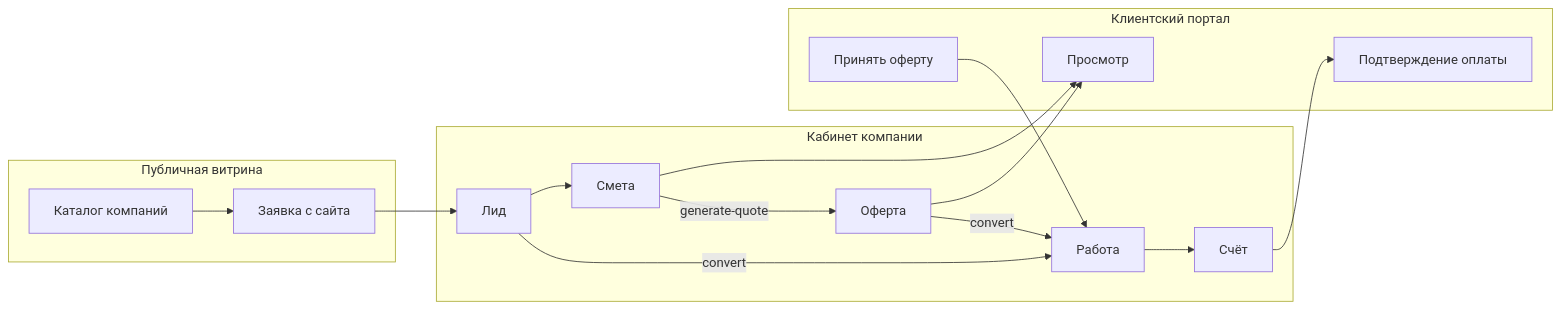
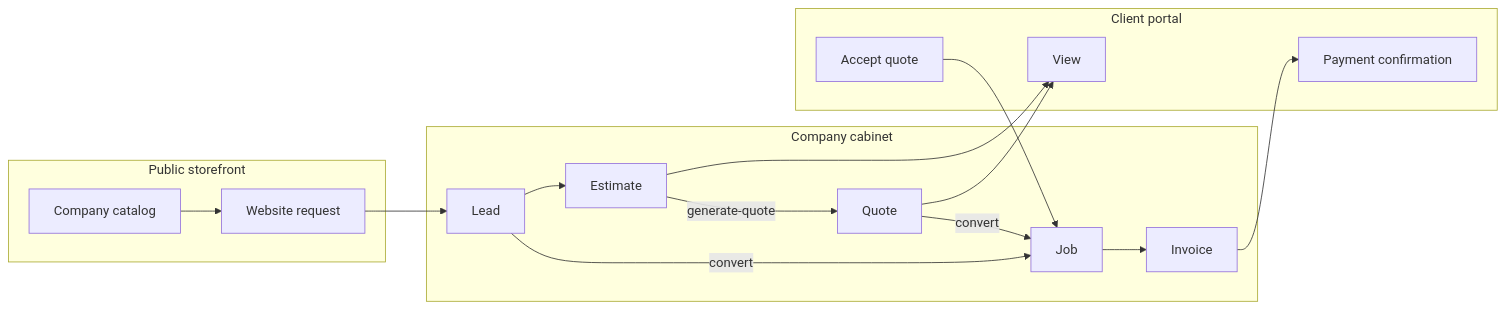
One commit to 1GoodCod1/companii-api changed the fifth of 10 diagrams in README.md. Above: the diagram before and after it, drawn with Mermaid. The commit also changed other lines of this file and 1 other file, not shown here.

````diff
--- a/README.md
+++ b/README.md
@@ -197,32 +199,32 @@
 ```mermaid
 flowchart LR
-    subgraph Public["Публичная витрина"]
-        CAT["Каталог компаний"]
-        REQ["Заявка с сайта"]
+    subgraph Public["Public storefront"]
+        CAT["Company catalog"]
+        REQ["Website request"]
     end
 
-    subgraph Company["Кабинет компании"]
-        LEAD["Лид"]
-        EST["Смета"]
-        QUOTE["Оферта"]
-        INT["Работа"]
-        INV["Счёт"]
+    subgraph Company["Company cabinet"]
+        LEAD["Lead"]
+        EST["Estimate"]
+        QUOTE["Quote"]
+        INT["Job"]
+        INV["Invoice"]
     end
 
-    subgraph Portal["Клиентский портал"]
-        VIEW["Просмотр"]
-        ACCEPT["Принять оферту"]
-        PAY["Подтверждение оплаты"]
+    subgraph Portal["Client portal"]
+        VIEW["View"]
+        ACCEPT["Accept quote"]
+        PAY["Payment confirmation"]
     end
 
     CAT --> REQ --> LEAD
     LEAD -->|"convert"| INT
     LEAD --> EST
     EST -->|"generate-quote"| QUOTE
     QUOTE -->|"convert"| INT
     INT --> INV
     QUOTE --> VIEW
     EST --> VIEW
     INV --> PAY
     ACCEPT --> INT
 ```
````
